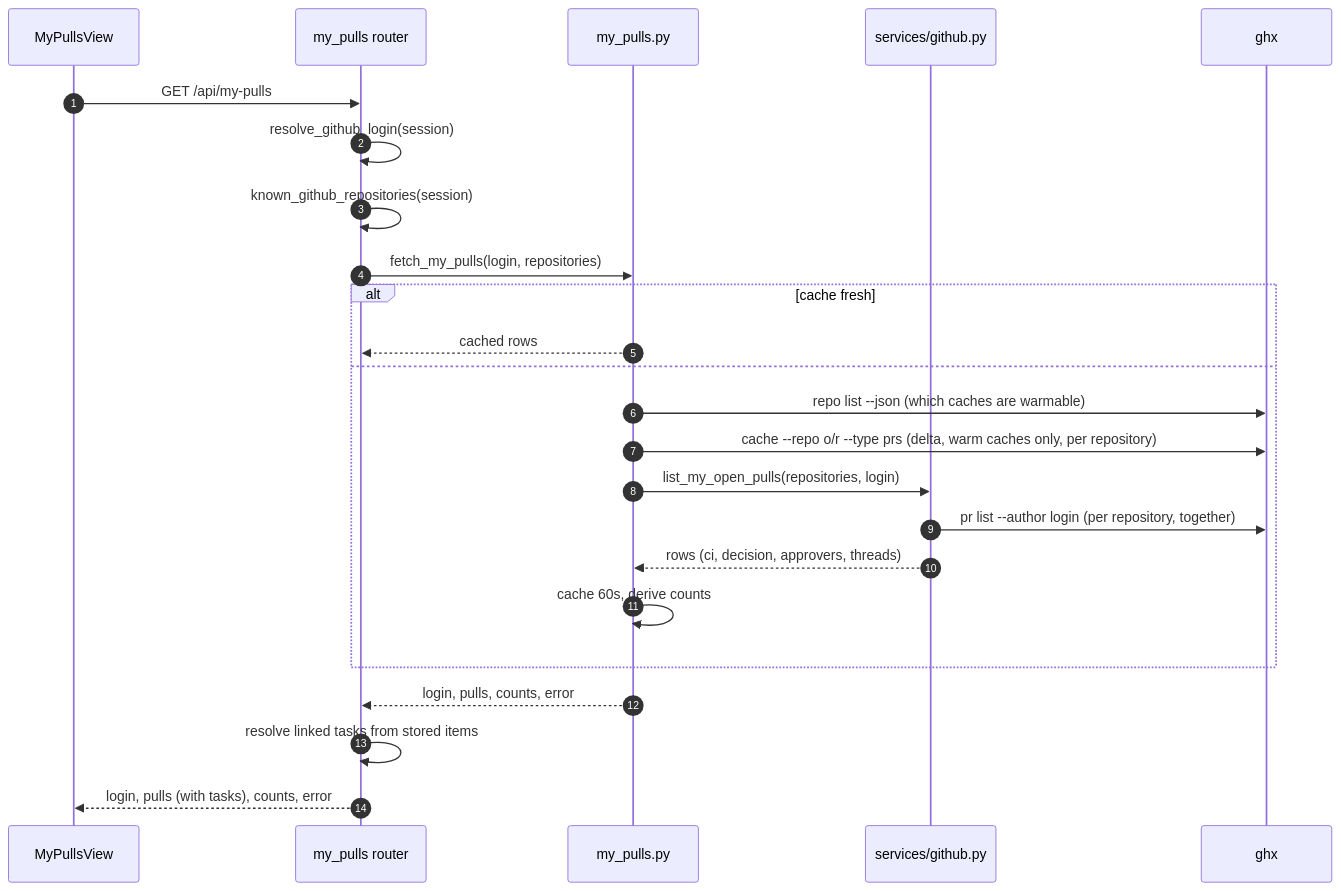
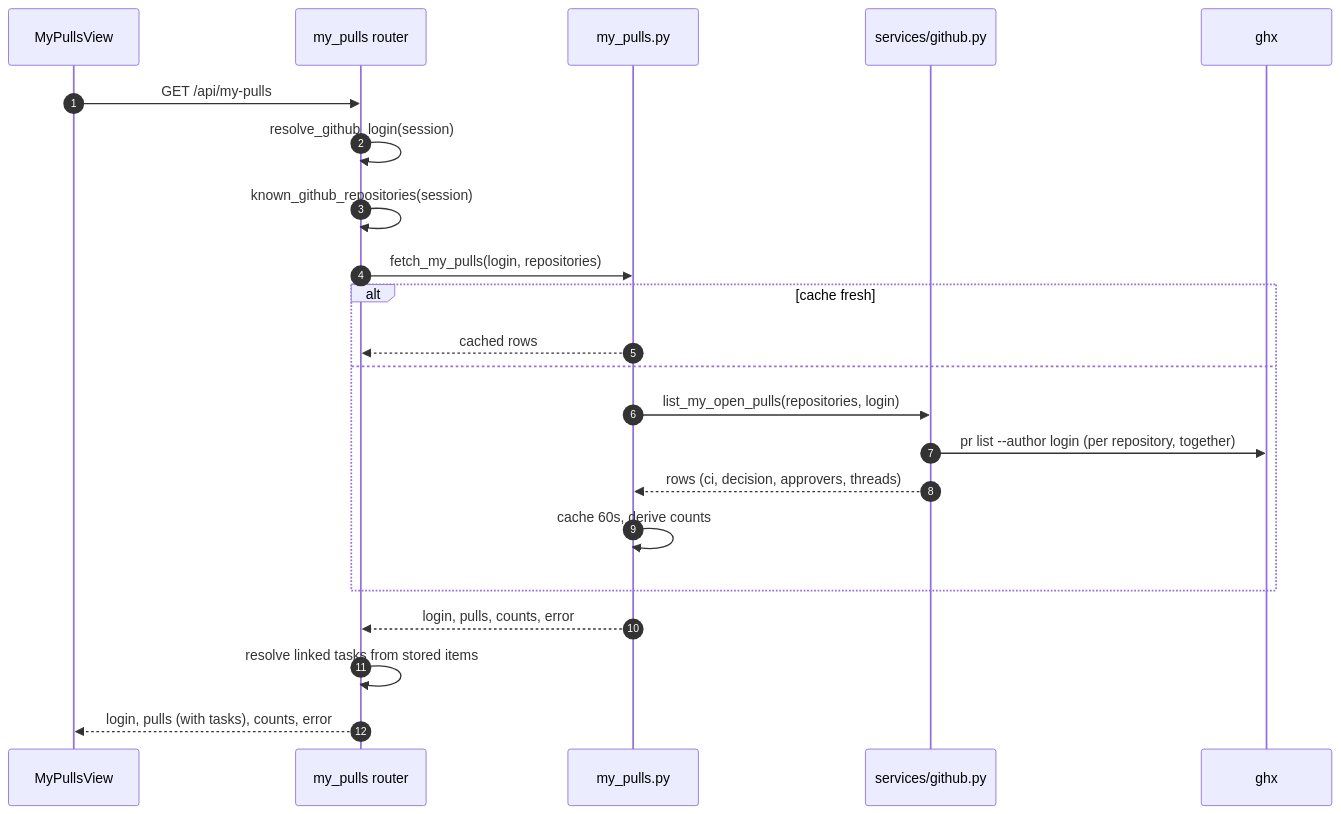
One commit to TomzxCode/agentic changed the second of 5 diagrams in .sdlc/features/p24-github-integration/specification.md. Above: the diagram before and after it, drawn with Mermaid. The commit also changed other lines of this file and 27 other files, not shown here.

Commit message:
refactor(github): run ghx cache only from a background job

````diff
--- a/.sdlc/features/p24-github-integration/specification.md
+++ b/.sdlc/features/p24-github-integration/specification.md
@@ -97,26 +99,24 @@
 ```mermaid
 sequenceDiagram
     autonumber
     participant V as MyPullsView
     participant R as my_pulls router
     participant M as my_pulls.py
     participant S as services/github.py
     participant GH as ghx
     V->>R: GET /api/my-pulls
     R->>R: resolve_github_login(session)
     R->>R: known_github_repositories(session)
     R->>M: fetch_my_pulls(login, repositories)
     alt cache fresh
         M-->>R: cached rows
     else
-        M->>GH: repo list --json (which caches are warmable)
-        M->>GH: cache --repo o/r --type prs (delta, warm caches only, per repository)
         M->>S: list_my_open_pulls(repositories, login)
         S->>GH: pr list --author login (per repository, together)
         S-->>M: rows (ci, decision, approvers, threads)
         M->>M: cache 60s, derive counts
     end
     M-->>R: login, pulls, counts, error
     R->>R: resolve linked tasks from stored items
     R-->>V: login, pulls (with tasks), counts, error
 ```
````
